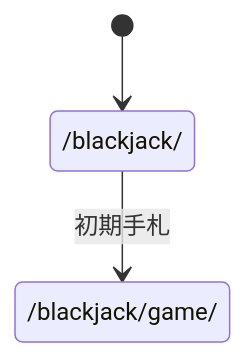
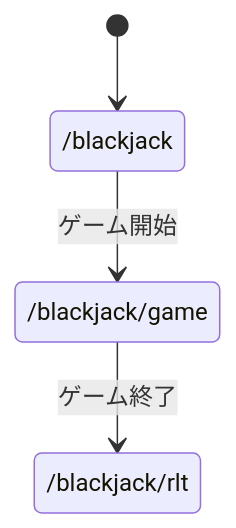
One commit to iotaish/uni changed the fourth of 4 diagrams in wpro04.md. Above: the diagram before and after it, drawn with Mermaid.

Commit message:
fix(blackjack): correct state diagram transitions and labels for game flow

````diff
--- a/wpro04.md
+++ b/wpro04.md
@@ -39,8 +39,9 @@
 ```mermaid
 stateDiagram-v2
     [*] --> stt
-    stt: /blackjack/
-    stt --> game: 初期手札
-    game: /blackjack/game/
-
+    stt: /blackjack
+    stt --> game: ゲーム開始
+    game --> rlt: ゲーム終了
+    game: /blackjack/game
+    rlt: /blackjack/rlt
 ```
````
